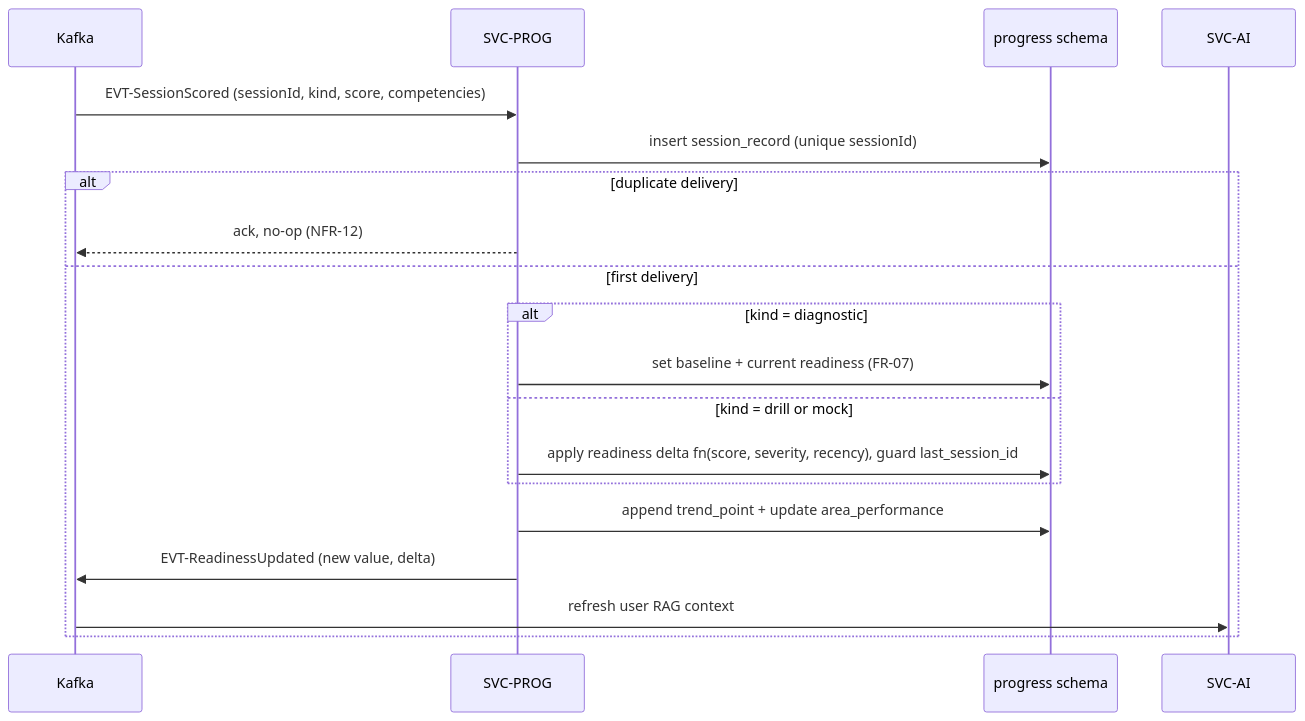
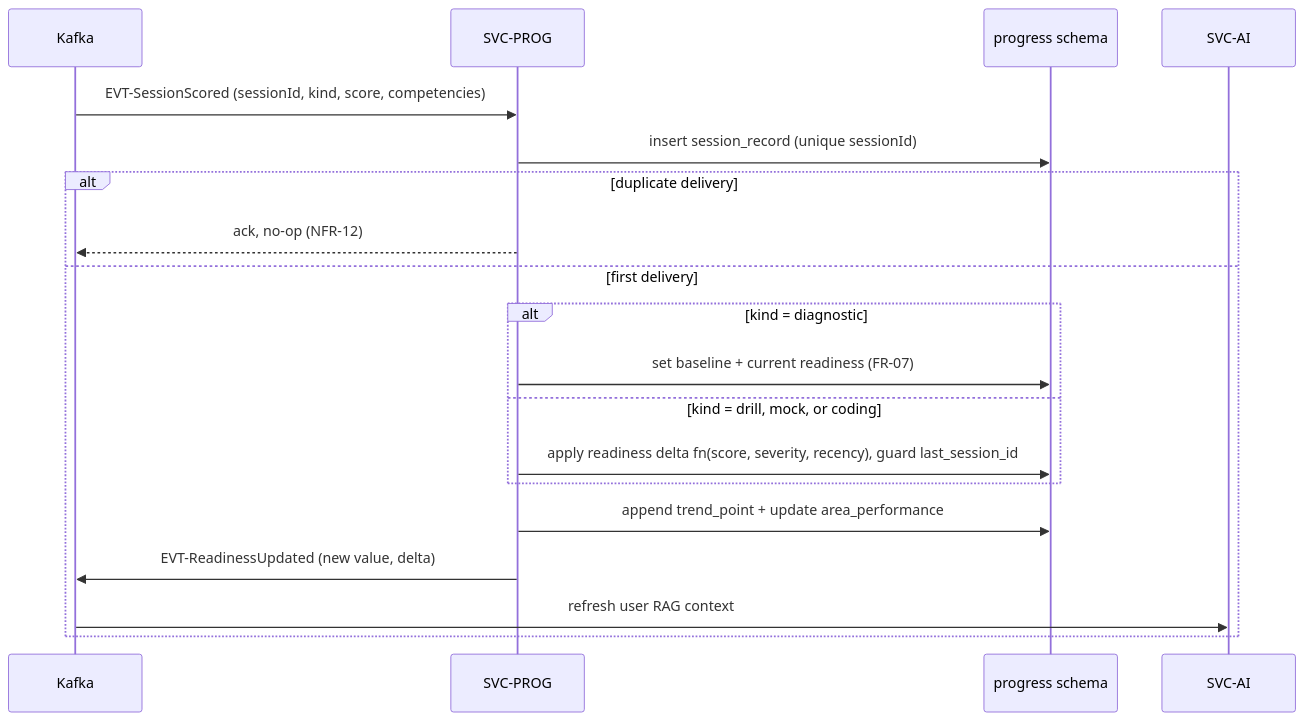
One commit to adashexplorer/ascendra-platform changed the diagram in .claude/hld/15-progress-service.md. Above: the diagram before and after it, drawn with Mermaid. The commit also changed other lines of this file and 13 other files, not shown here.

````diff
--- a/.claude/hld/15-progress-service.md
+++ b/.claude/hld/15-progress-service.md
@@ -71,22 +72,22 @@
 ```mermaid
 sequenceDiagram
     participant K as Kafka
     participant PROG as SVC-PROG
     participant PG as progress schema
     participant AI as SVC-AI
 
     K->>PROG: EVT-SessionScored (sessionId, kind, score, competencies)
     PROG->>PG: insert session_record (unique sessionId)
     alt duplicate delivery
         PROG-->>K: ack, no-op (NFR-12)
     else first delivery
         alt kind = diagnostic
             PROG->>PG: set baseline + current readiness (FR-07)
-        else kind = drill or mock
+        else kind = drill, mock, or coding
             PROG->>PG: apply readiness delta fn(score, severity, recency), guard last_session_id
         end
         PROG->>PG: append trend_point + update area_performance
         PROG->>K: EVT-ReadinessUpdated (new value, delta)
         K->>AI: refresh user RAG context
     end
 ```
````
